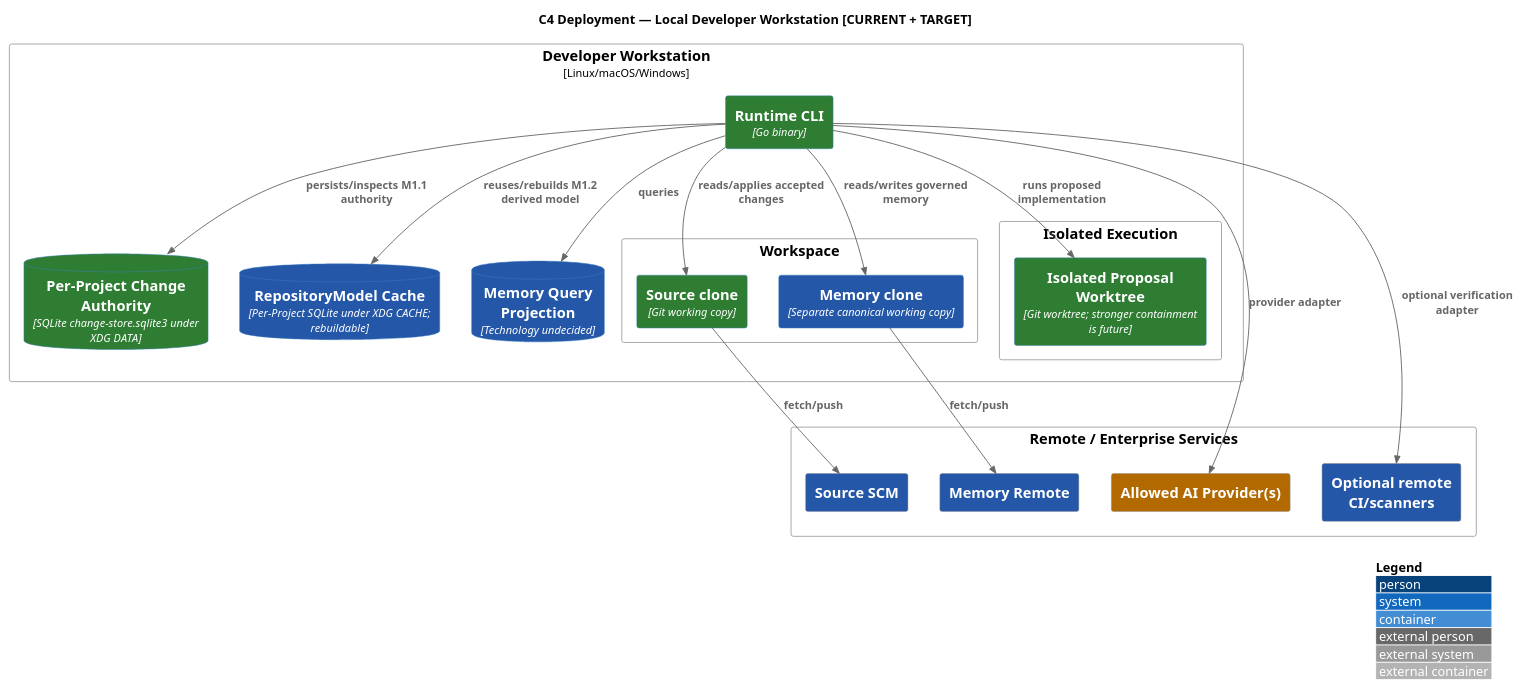
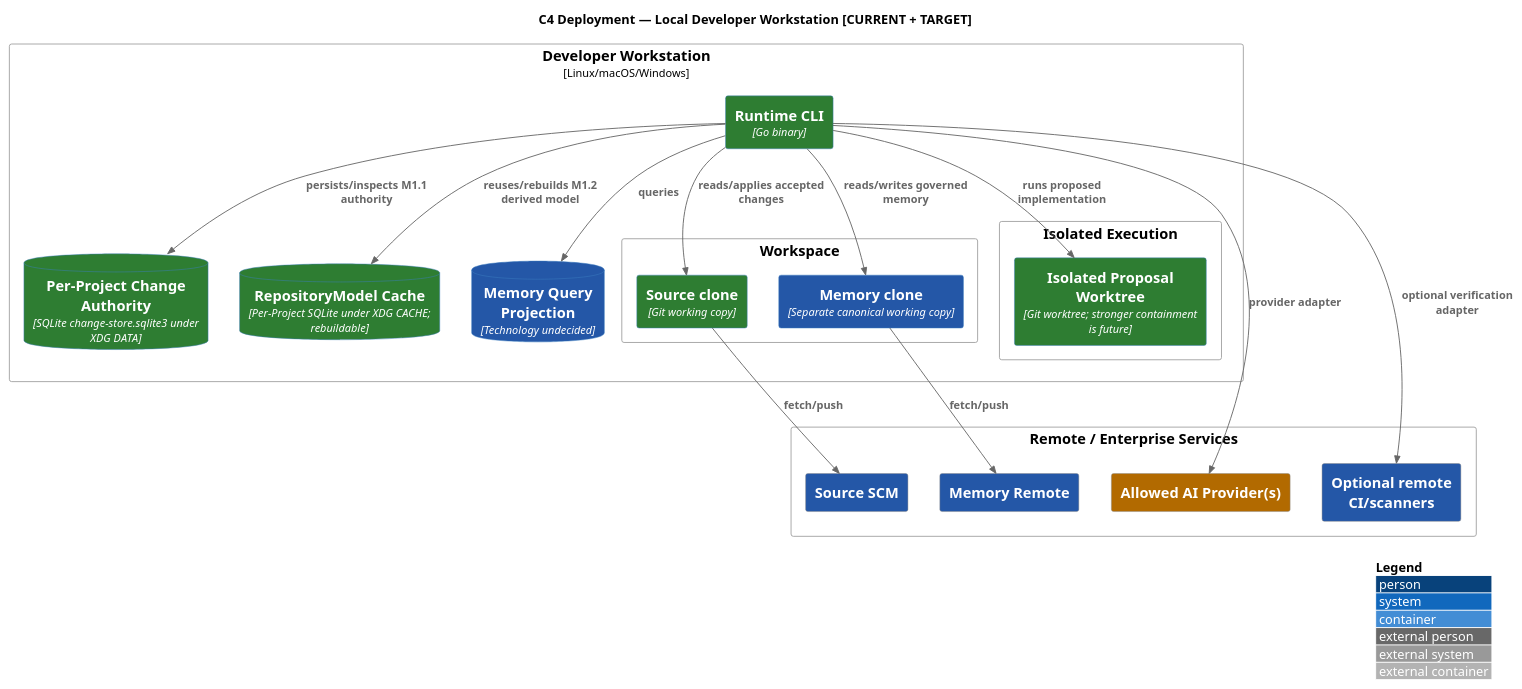
Before and after one commit to Eu-Pedro0ficial/praetor: the diagram in docs/architecture/src/docs/arc42/diagrams/c4-deployment-local.puml, drawn with PlantUML. The commit also changed 49 other files, not shown here.

```diff
--- a/docs/architecture/src/docs/arc42/diagrams/c4-deployment-local.puml
+++ b/docs/architecture/src/docs/arc42/diagrams/c4-deployment-local.puml
@@ -1,37 +1,37 @@
 @startuml
 !include <C4/C4_Deployment>
 AddElementTag("AS-IS", $bgColor="#2E7D32", $fontColor="#FFFFFF", $legendText="AS-IS")
 AddElementTag("PARTIAL", $bgColor="#B26A00", $fontColor="#FFFFFF", $legendText="PARTIAL")
 AddElementTag("TARGET", $bgColor="#2457A7", $fontColor="#FFFFFF", $legendText="TARGET")
 LAYOUT_WITH_LEGEND()
 title C4 Deployment — Local Developer Workstation [CURRENT + TARGET]
 Deployment_Node(dev, "Developer Workstation", "Linux/macOS/Windows") {
   Container(cli, "Runtime CLI", "Go binary", $tags="AS-IS")
   ContainerDb(changeStore, "Per-Project Change Authority", "SQLite change-store.sqlite3 under XDG DATA", $tags="AS-IS")
-  ContainerDb(repositoryCache, "RepositoryModel Cache", "Per-Project SQLite under XDG CACHE; rebuildable", $tags="TARGET")
+  ContainerDb(repositoryCache, "RepositoryModel Cache", "Per-Project SQLite under XDG CACHE; rebuildable", $tags="AS-IS")
   ContainerDb(index, "Memory Query Projection", "Technology undecided", $tags="TARGET")
   Deployment_Node(workspace, "Workspace") {
     Container(srcLocal, "Source clone", "Git working copy", $tags="AS-IS")
     Container(memLocal, "Memory clone", "Separate canonical working copy", $tags="TARGET")
   }
   Deployment_Node(isolated, "Isolated Execution") {
     Container(sandbox, "Isolated Proposal Worktree", "Git worktree; stronger containment is future", $tags="AS-IS")
   }
 }
 Deployment_Node(remote, "Remote / Enterprise Services") {
   System_Ext(srcRemote, "Source SCM", $tags="TARGET")
   System_Ext(memRemote, "Memory Remote", $tags="TARGET")
   System_Ext(ai, "Allowed AI Provider(s)", $tags="PARTIAL")
   System_Ext(tools, "Optional remote CI/scanners", $tags="TARGET")
 }
 Rel(cli, index, "queries")
 Rel(cli, changeStore, "persists/inspects M1.1 authority")
 Rel(cli, repositoryCache, "reuses/rebuilds M1.2 derived model")
 Rel(cli, srcLocal, "reads/applies accepted changes")
 Rel(cli, memLocal, "reads/writes governed memory")
 Rel(cli, sandbox, "runs proposed implementation")
 Rel(srcLocal, srcRemote, "fetch/push")
 Rel(memLocal, memRemote, "fetch/push")
 Rel(cli, ai, "provider adapter")
 Rel(cli, tools, "optional verification adapter")
 @enduml
```
